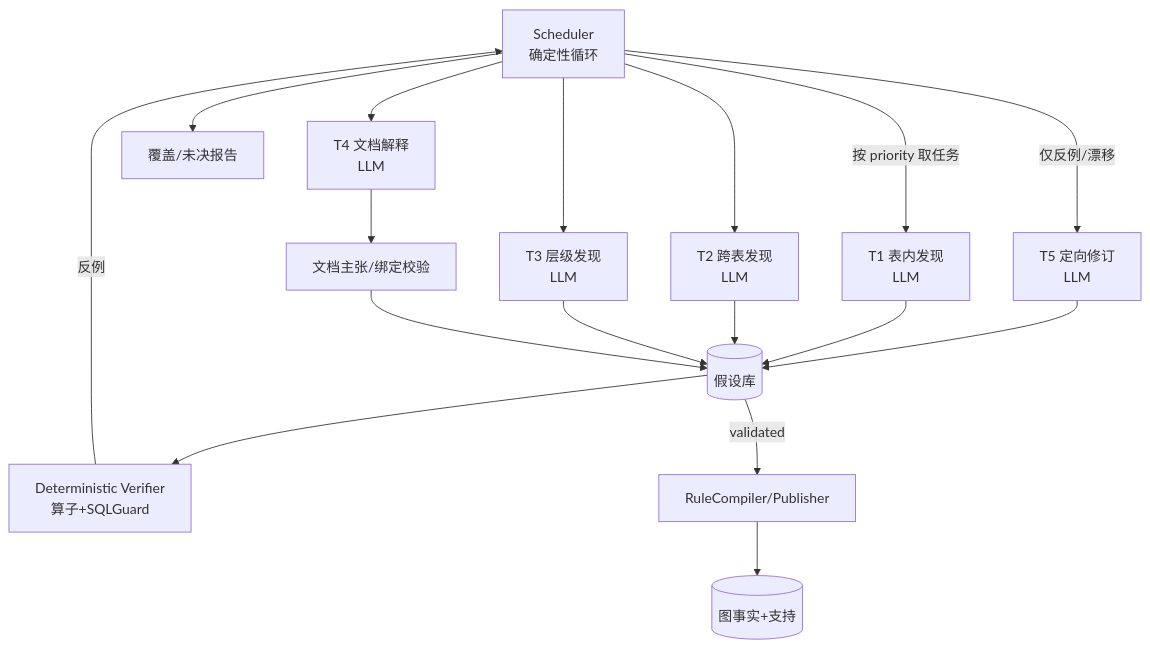
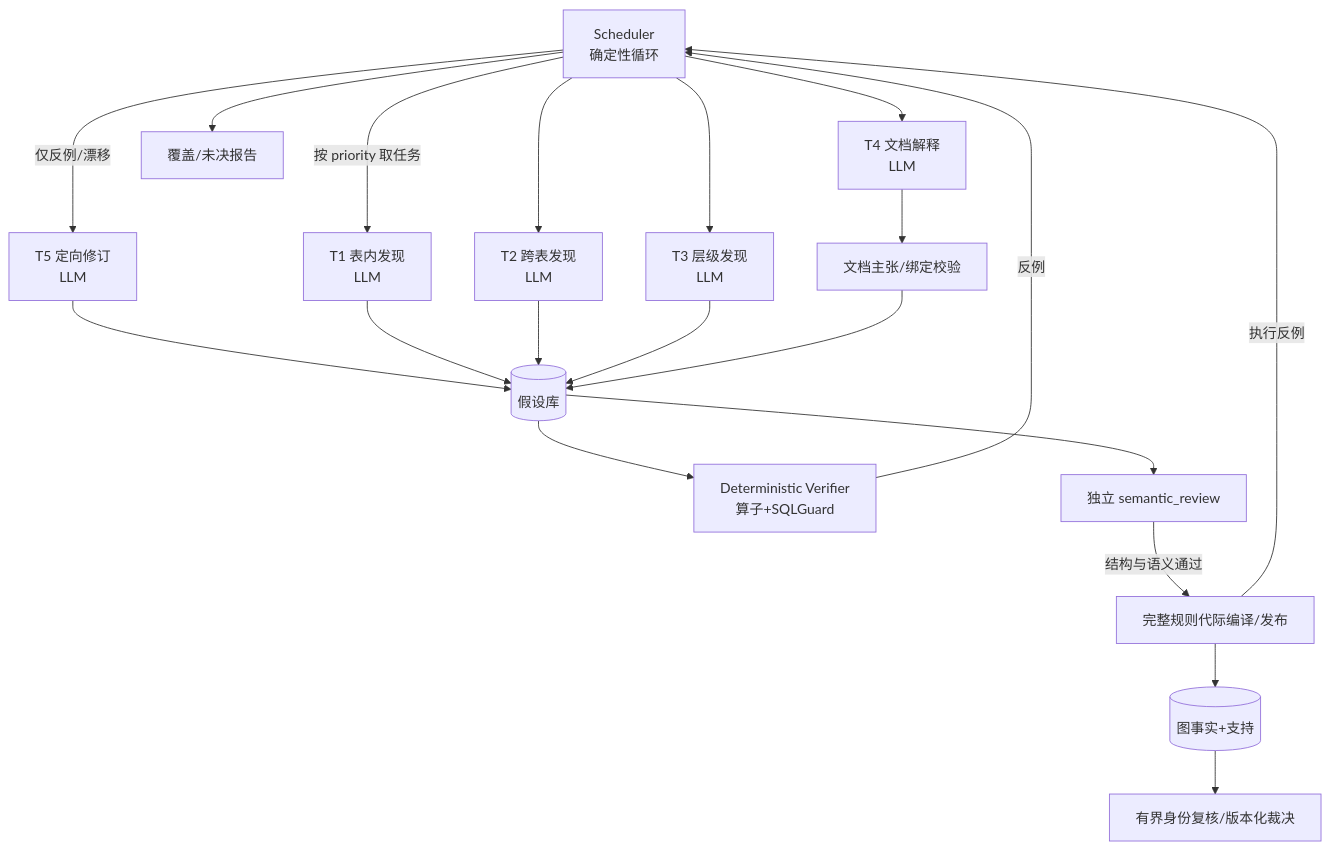
Before and after one commit to zhangtianhong-1998/data-graph: the third of 3 diagrams in design/lightweight_graph/DISCOVERY_WORKFLOW.md, drawn with Mermaid. The commit also changed other lines of this file and 83 other files, not shown here.

Commit message:
实现目标驱动迭代构图并修复语义与发布流程

````diff
--- a/design/lightweight_graph/DISCOVERY_WORKFLOW.md
+++ b/design/lightweight_graph/DISCOVERY_WORKFLOW.md
@@ -1539,19 +1565,22 @@
 ```mermaid
 flowchart TB
   S[Scheduler<br/>确定性循环] -->|按 priority 取任务| T1[T1 表内发现<br/>LLM]
   S --> T2[T2 跨表发现<br/>LLM]
   S --> T3[T3 层级发现<br/>LLM]
   S --> T4[T4 文档解释<br/>LLM]
   S -->|仅反例/漂移| T5[T5 定向修订<br/>LLM]
   T5 --> H[(假设库)]
   T1 --> H
   T2 --> H
   T3 --> H
   T4 --> Dv[文档主张/绑定校验]
   Dv --> H
   H --> V[Deterministic Verifier<br/>算子+SQLGuard]
   V -->|反例| S
-  H -->|validated| C[RuleCompiler/Publisher]
+  H --> Sv[独立 semantic_review]
+  Sv -->|结构与语义通过| C[完整规则代际编译/发布]
+  C -->|执行反例| S
   C --> G[(图事实+支持)]
+  G --> Iv[有界身份复核/版本化裁决]
   S --> R[覆盖/未决报告]
 ```
````
